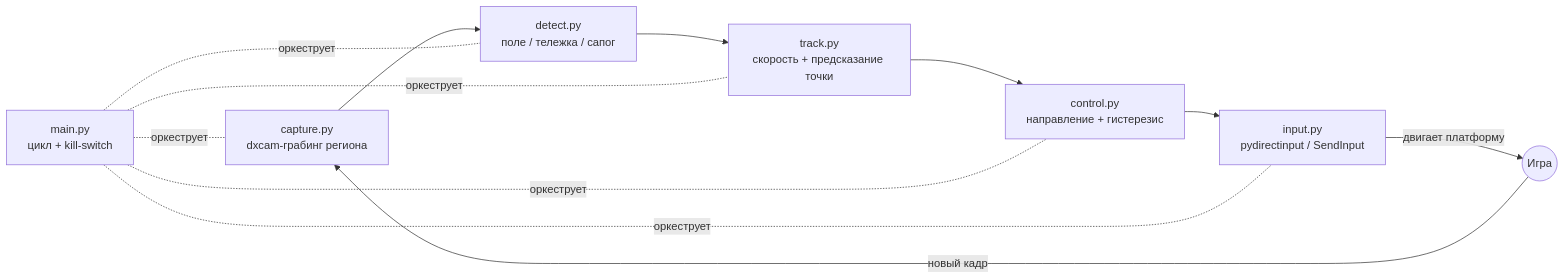
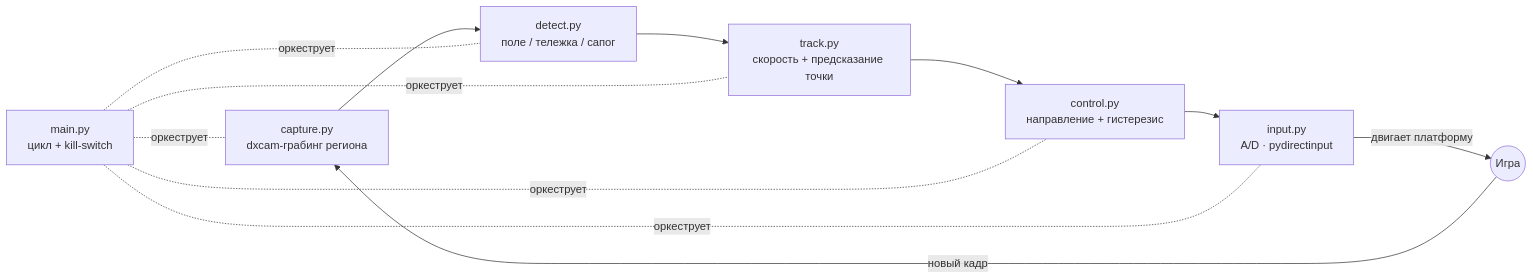
The first of 2 diagrams in ARCHITECTURE.md (frost1kk/d2), drawn with Mermaid before and after one commit. The commit also changed other lines of this file and 11 other files, not shown here.

````diff
--- a/ARCHITECTURE.md
+++ b/ARCHITECTURE.md
@@ -5,10 +5,10 @@
 ```mermaid
 flowchart LR
     A[capture.py<br/>dxcam-грабинг региона] --> B[detect.py<br/>поле / тележка / сапог]
     B --> C[track.py<br/>скорость + предсказание точки]
     C --> D[control.py<br/>направление + гистерезис]
-    D --> E[input.py<br/>pydirectinput / SendInput]
+    D --> E[input.py<br/>A/D · pydirectinput]
     E -->|двигает платформу| G((Игра))
     G -->|новый кадр| A
     K[main.py<br/>цикл + kill-switch] -.оркеструет.- A & B & C & D & E
 ```
````
